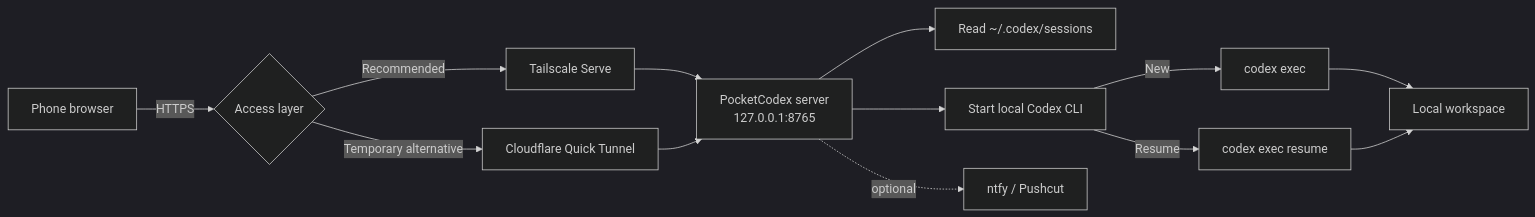
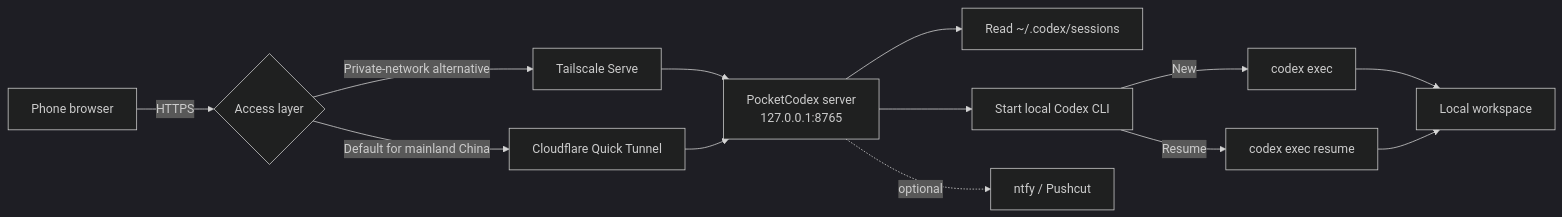
Before and after one commit to wanlixing-dream/Pocket-Codex: the diagram in README.en.md, drawn with Mermaid (dark theme). The commit also changed other lines of this file and 3 other files, not shown here.

````diff
--- a/README.en.md
+++ b/README.en.md
@@ -34,15 +34,15 @@
 ```mermaid
 flowchart LR
     Phone[Phone browser] -->|HTTPS| Access{Access layer}
-    Access -->|Recommended| TS[Tailscale Serve]
-    Access -->|Temporary alternative| CF[Cloudflare Quick Tunnel]
+    Access -->|Default for mainland China| CF[Cloudflare Quick Tunnel]
+    Access -->|Private-network alternative| TS[Tailscale Serve]
     TS --> Server[PocketCodex server<br/>127.0.0.1:8765]
     CF --> Server
     Server --> Sessions[Read ~/.codex/sessions]
     Server --> Runner[Start local Codex CLI]
     Runner -->|New| New[codex exec]
     Runner -->|Resume| Resume[codex exec resume]
     New --> Workspace[Local workspace]
     Resume --> Workspace
     Server -.optional.-> Notify[ntfy / Pushcut]
 ```
````
